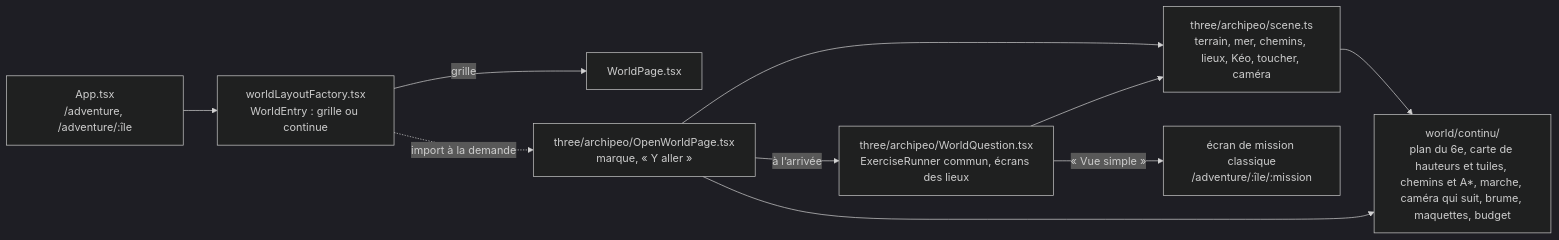
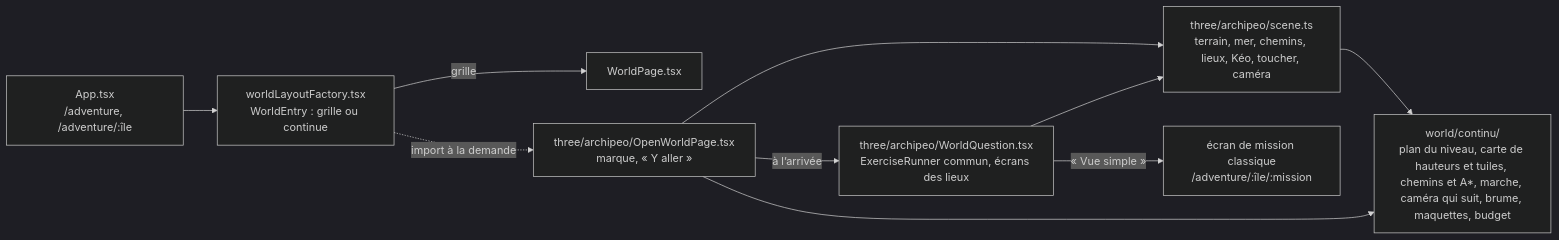
One commit to g7ed6e/dysapps changed the fourth of 4 diagrams in docs/architecture/monde.md. Above: the diagram before and after it, drawn with Mermaid (dark theme). The commit also changed other lines of this file and 58 other files, not shown here.

First line of the commit message:
Monde continu : le plan choisi par niveau (GD-22, lot 1)

````diff
--- a/docs/architecture/monde.md
+++ b/docs/architecture/monde.md
@@ -72,12 +72,12 @@
 ```mermaid
 flowchart LR
   app[App.tsx<br/>/adventure, /adventure/:île] --> fabrique[worldLayoutFactory.tsx<br/>WorldEntry : grille ou continue]
   fabrique -- grille --> page[WorldPage.tsx]
   fabrique -. import à la demande .-> ouvert[three/archipeo/OpenWorldPage.tsx<br/>marque, « Y aller »]
   ouvert --> scene[three/archipeo/scene.ts<br/>terrain, mer, chemins, lieux, Kéo, toucher, caméra]
-  scene --> continu[world/continu/<br/>plan du 6e, carte de hauteurs et tuiles, chemins et A*, marche, caméra qui suit, brume, maquettes, budget]
+  scene --> continu[world/continu/<br/>plan du niveau, carte de hauteurs et tuiles, chemins et A*, marche, caméra qui suit, brume, maquettes, budget]
   ouvert --> continu
   ouvert -- à l’arrivée --> question[three/archipeo/WorldQuestion.tsx<br/>ExerciseRunner commun, écrans des lieux]
   question --> scene
   question -- « Vue simple » --> mission[écran de mission classique<br/>/adventure/:île/:mission]
 ```
````
